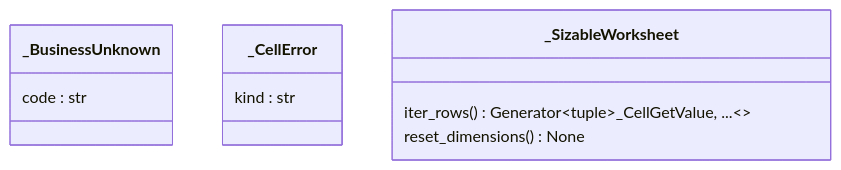
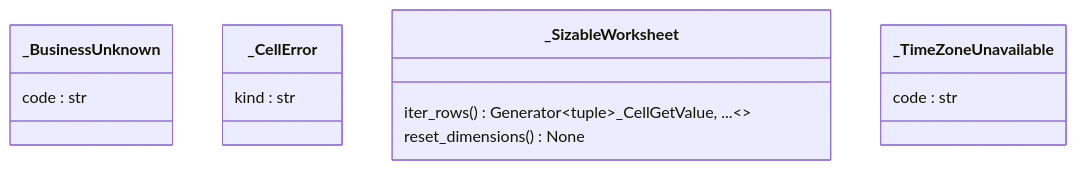
One commit to GonzaloZevallos/apostrophe changed the fourth of 4 diagrams in docs/architecture/generated/classes/spreadsheet_import.md. Above: the diagram before and after it, drawn with Mermaid. The commit also changed other lines of this file and 2 other files, not shown here.

Commit message:
Regenerate the architecture docs for the zone Protocols and adapters

````diff
--- a/docs/architecture/generated/classes/spreadsheet_import.md
+++ b/docs/architecture/generated/classes/spreadsheet_import.md
@@ -408,13 +411,16 @@
 ```mermaid
 classDiagram
   class _BusinessUnknown {
     code : str
   }
   class _CellError {
     kind : str
   }
   class _SizableWorksheet {
     iter_rows() Generator~tuple~_CellGetValue, ...~~
     reset_dimensions() None
   }
+  class _TimeZoneUnavailable {
+    code : str
+  }
 ```
````
